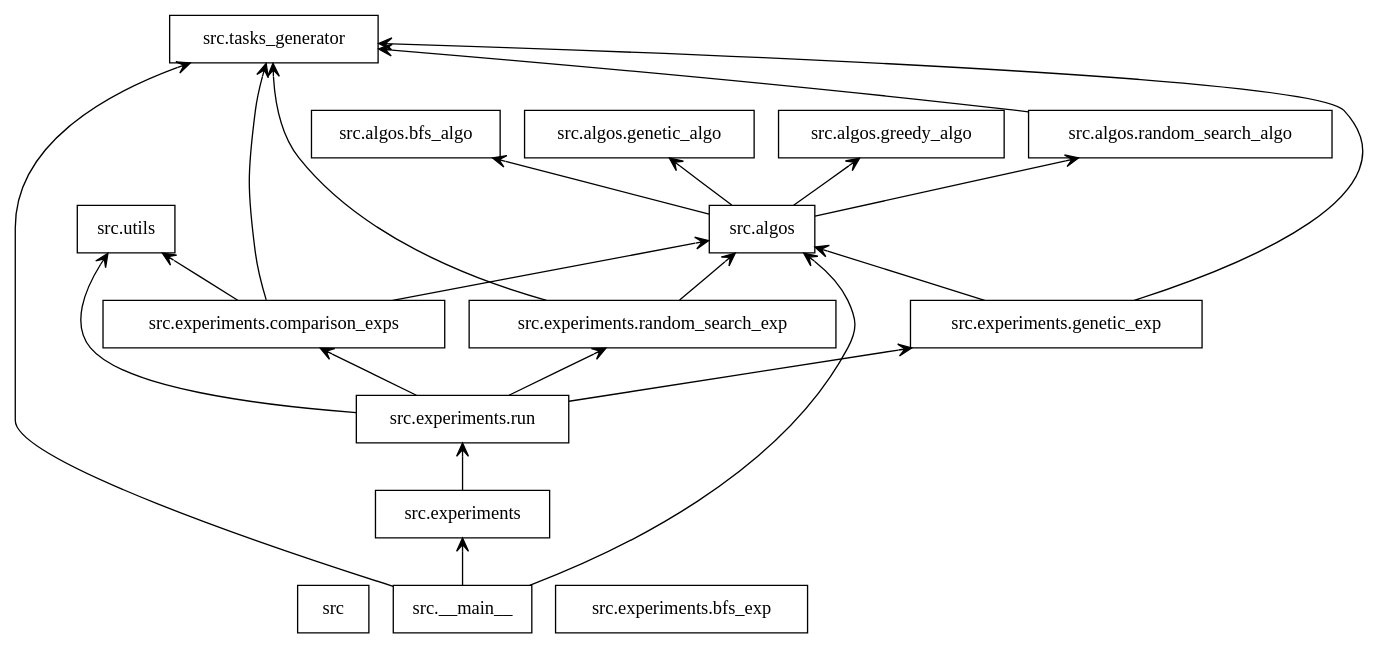
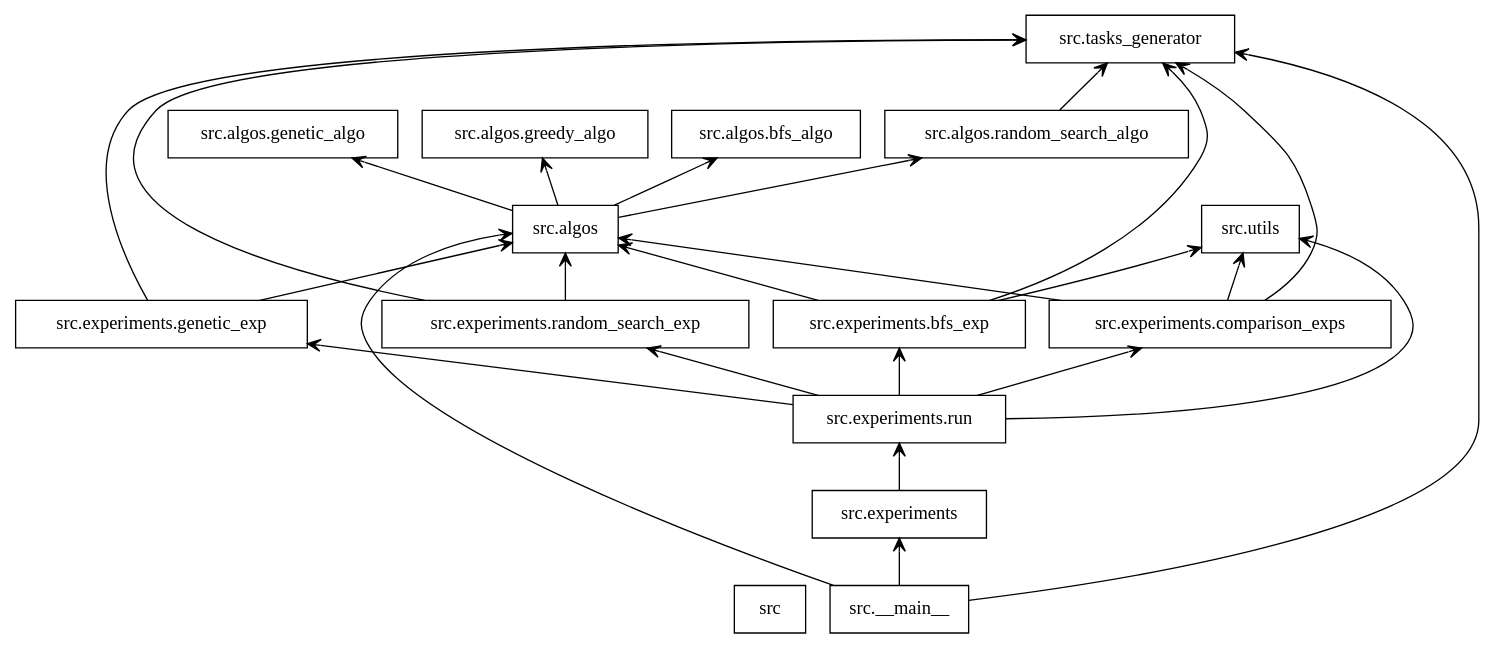
Before and after one commit to khmelevskyi/rectangles-intersection-problem: the diagram in src/data/packages.dot, drawn with Graphviz. The commit also changed 2 other files, not shown here.

```diff
--- a/src/data/packages.dot
+++ b/src/data/packages.dot
@@ -1,39 +1,43 @@
 digraph "packages" {
 rankdir=BT
 charset="utf-8"
 "src" [color="black", label=<src>, shape="box", style="solid"];
 "src.__main__" [color="black", label=<src.__main__>, shape="box", style="solid"];
 "src.algos" [color="black", label=<src.algos>, shape="box", style="solid"];
 "src.algos.bfs_algo" [color="black", label=<src.algos.bfs_algo>, shape="box", style="solid"];
 "src.algos.genetic_algo" [color="black", label=<src.algos.genetic_algo>, shape="box", style="solid"];
 "src.algos.greedy_algo" [color="black", label=<src.algos.greedy_algo>, shape="box", style="solid"];
 "src.algos.random_search_algo" [color="black", label=<src.algos.random_search_algo>, shape="box", style="solid"];
 "src.experiments" [color="black", label=<src.experiments>, shape="box", style="solid"];
 "src.experiments.bfs_exp" [color="black", label=<src.experiments.bfs_exp>, shape="box", style="solid"];
 "src.experiments.comparison_exps" [color="black", label=<src.experiments.comparison_exps>, shape="box", style="solid"];
 "src.experiments.genetic_exp" [color="black", label=<src.experiments.genetic_exp>, shape="box", style="solid"];
 "src.experiments.random_search_exp" [color="black", label=<src.experiments.random_search_exp>, shape="box", style="solid"];
 "src.experiments.run" [color="black", label=<src.experiments.run>, shape="box", style="solid"];
 "src.tasks_generator" [color="black", label=<src.tasks_generator>, shape="box", style="solid"];
 "src.utils" [color="black", label=<src.utils>, shape="box", style="solid"];
 "src.__main__" -> "src.algos" [arrowhead="open", arrowtail="none"];
 "src.__main__" -> "src.experiments" [arrowhead="open", arrowtail="none"];
 "src.__main__" -> "src.tasks_generator" [arrowhead="open", arrowtail="none"];
 "src.algos" -> "src.algos.bfs_algo" [arrowhead="open", arrowtail="none"];
 "src.algos" -> "src.algos.genetic_algo" [arrowhead="open", arrowtail="none"];
 "src.algos" -> "src.algos.greedy_algo" [arrowhead="open", arrowtail="none"];
 "src.algos" -> "src.algos.random_search_algo" [arrowhead="open", arrowtail="none"];
 "src.algos.random_search_algo" -> "src.tasks_generator" [arrowhead="open", arrowtail="none"];
 "src.experiments" -> "src.experiments.run" [arrowhead="open", arrowtail="none"];
+"src.experiments.bfs_exp" -> "src.algos" [arrowhead="open", arrowtail="none"];
+"src.experiments.bfs_exp" -> "src.tasks_generator" [arrowhead="open", arrowtail="none"];
+"src.experiments.bfs_exp" -> "src.utils" [arrowhead="open", arrowtail="none"];
 "src.experiments.comparison_exps" -> "src.algos" [arrowhead="open", arrowtail="none"];
 "src.experiments.comparison_exps" -> "src.tasks_generator" [arrowhead="open", arrowtail="none"];
 "src.experiments.comparison_exps" -> "src.utils" [arrowhead="open", arrowtail="none"];
 "src.experiments.genetic_exp" -> "src.algos" [arrowhead="open", arrowtail="none"];
 "src.experiments.genetic_exp" -> "src.tasks_generator" [arrowhead="open", arrowtail="none"];
 "src.experiments.random_search_exp" -> "src.algos" [arrowhead="open", arrowtail="none"];
 "src.experiments.random_search_exp" -> "src.tasks_generator" [arrowhead="open", arrowtail="none"];
+"src.experiments.run" -> "src.experiments.bfs_exp" [arrowhead="open", arrowtail="none"];
 "src.experiments.run" -> "src.experiments.comparison_exps" [arrowhead="open", arrowtail="none"];
 "src.experiments.run" -> "src.experiments.genetic_exp" [arrowhead="open", arrowtail="none"];
 "src.experiments.run" -> "src.experiments.random_search_exp" [arrowhead="open", arrowtail="none"];
 "src.experiments.run" -> "src.utils" [arrowhead="open", arrowtail="none"];
 }
```
